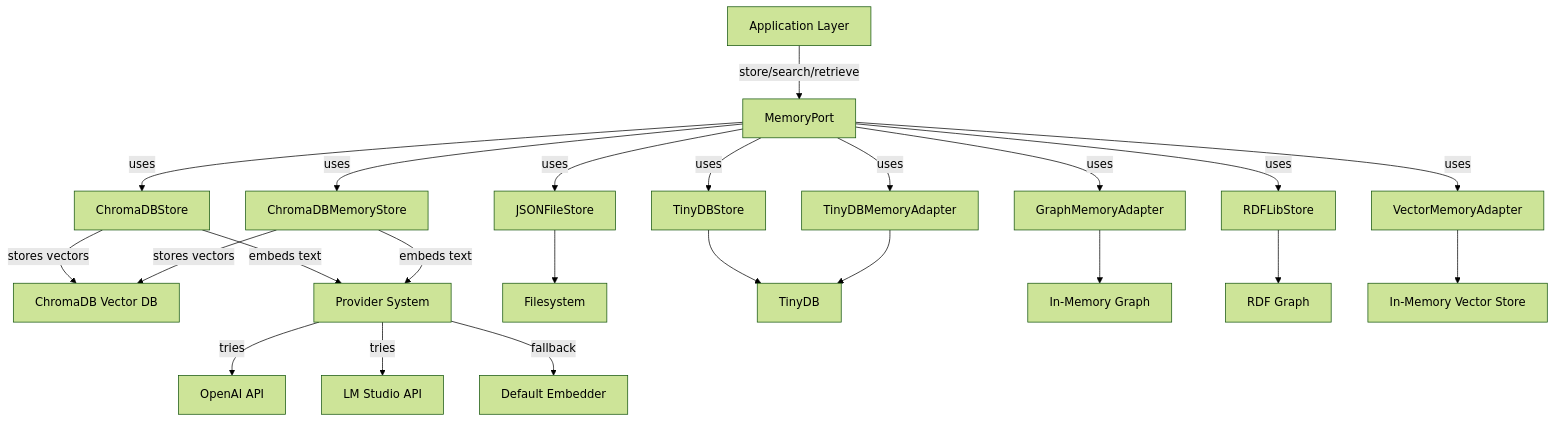
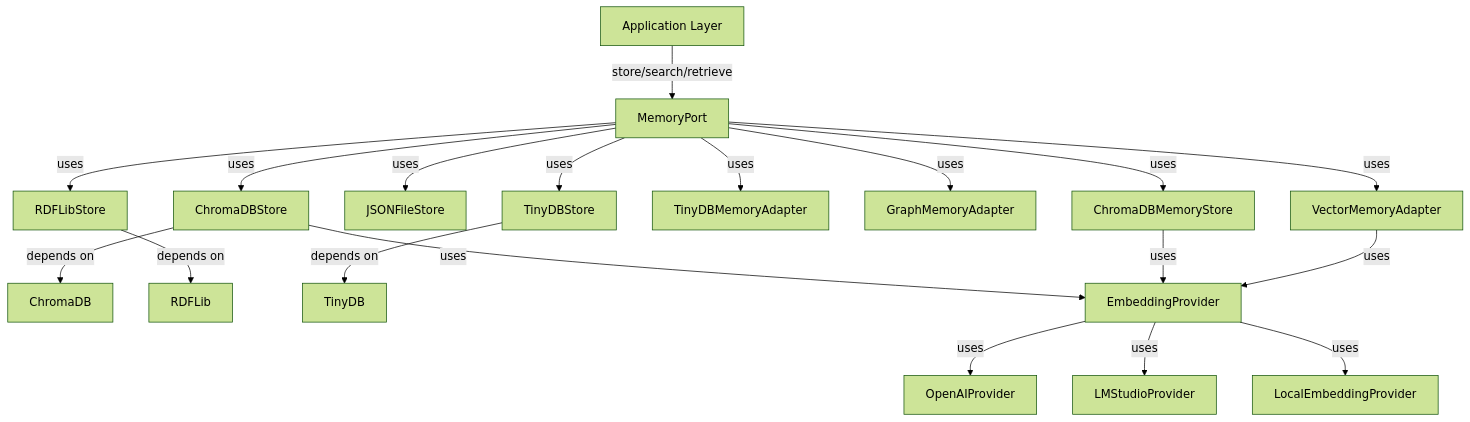
The diagram in docs/architecture/memory_system.md (ravenoak/devsynth), drawn with Mermaid (forest theme) before and after one commit. The commit also changed other lines of this file and 5 other files, not shown here.

````diff
--- a/docs/architecture/memory_system.md
+++ b/docs/architecture/memory_system.md
@@ -41,25 +41,21 @@
 ```mermaid
 graph TD
     A[Application Layer] -->|store/search/retrieve| B[MemoryPort]
     B -->|uses| C[ChromaDBStore]
     B -->|uses| C2[ChromaDBMemoryStore]
     B -->|uses| E[JSONFileStore]
     B -->|uses| F[TinyDBStore]
     B -->|uses| F2[TinyDBMemoryAdapter]
     B -->|uses| G[GraphMemoryAdapter]
     B -->|uses| H[RDFLibStore]
     B -->|uses| I[VectorMemoryAdapter]
-    C -->|stores vectors| J[ChromaDB Vector DB]
-    C -->|embeds text| K[Provider System]
-    C2 -->|stores vectors| J
-    C2 -->|embeds text| K
-    K -->|tries| L[OpenAI API]
-    K -->|tries| M[LM Studio API] 
-    K -->|fallback| N[Default Embedder]
-    E --> O[Filesystem]
-    F --> P[TinyDB]
-    F2 --> P
-    G --> Q[In-Memory Graph]
-    H --> R[RDF Graph]
-    I --> S[In-Memory Vector Store]
+    
+    C -->|depends on| J[ChromaDB]
+    H -->|depends on| K[RDFLib]
+    F -->|depends on| L[TinyDB]
+    
+    C & C2 & I -->|uses| M[EmbeddingProvider]
+    M -->|uses| N[OpenAIProvider]
+    M -->|uses| O[LMStudioProvider]
+    M -->|uses| P[LocalEmbeddingProvider]
 ```
````
